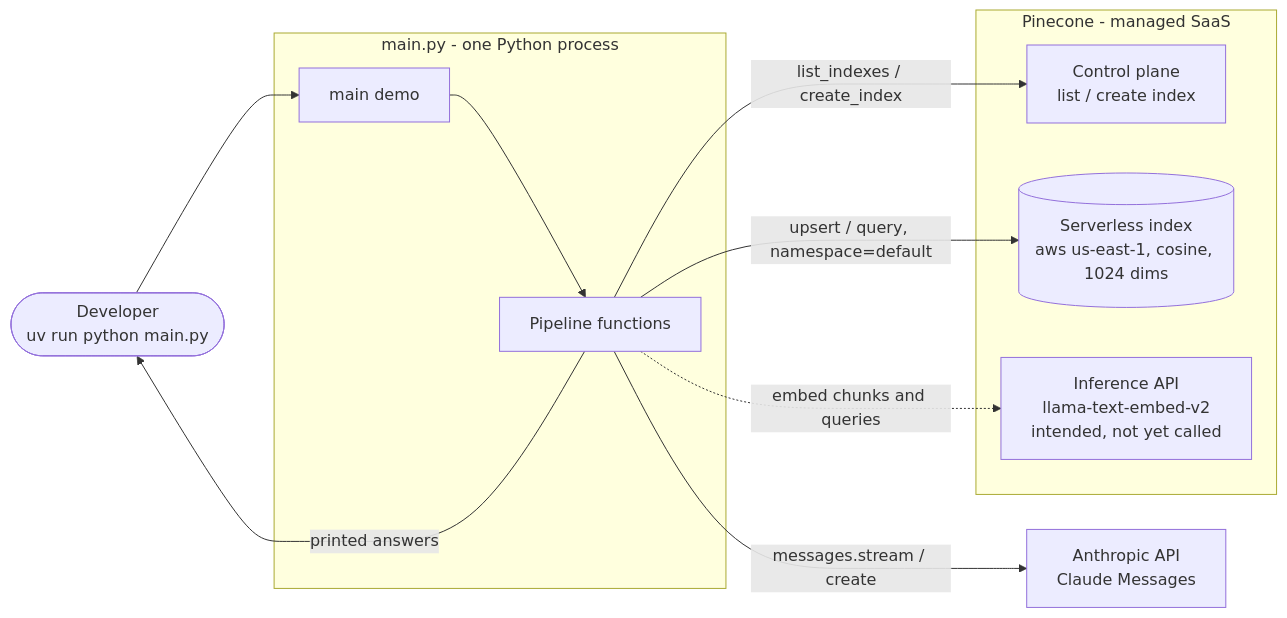
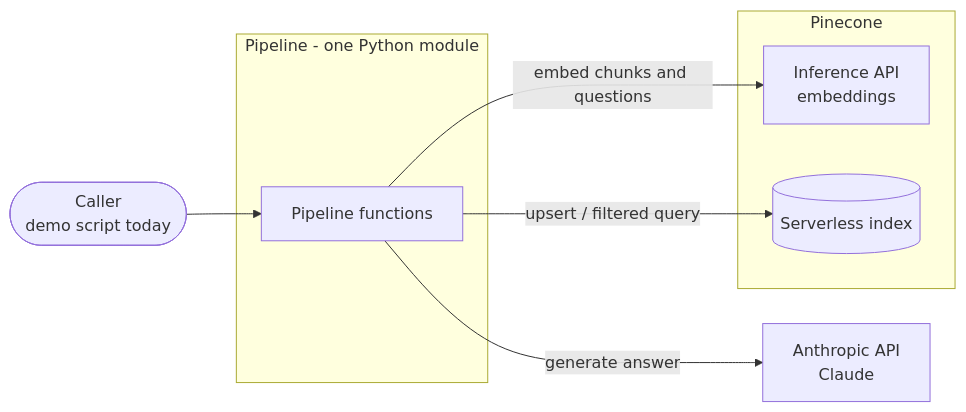
One commit to lsolor/korg-pdf-qa changed the first of 2 diagrams in ARCHITECTURE.md. Above: the diagram before and after it, drawn with Mermaid. The commit also changed other lines of this file and 12 other files, not shown here.

````diff
--- a/ARCHITECTURE.md
+++ b/ARCHITECTURE.md
@@ -107,24 +11,17 @@
 ```mermaid
 flowchart LR
-    dev([Developer<br/>uv run python main.py])
+    caller([Caller<br/>demo script today])
+    subgraph app [Pipeline - one Python module]
+        fn[Pipeline functions]
+    end
+    subgraph pinecone [Pinecone]
+        inf[Inference API<br/>embeddings]
+        idx[(Serverless index)]
+    end
+    claude[Anthropic API<br/>Claude]
 
-    subgraph proc [main.py - one Python process]
-        demo[main demo]
-        lib[Pipeline functions]
-    end
-
-    subgraph pinecone [Pinecone - managed SaaS]
-        cp[Control plane<br/>list / create index]
-        idx[(Serverless index<br/>aws us-east-1, cosine, 1024 dims)]
-        inf[Inference API<br/>llama-text-embed-v2<br/>intended, not yet called]
-    end
-
-    claude[Anthropic API<br/>Claude Messages]
-
-    dev --> demo --> lib
-    lib -- "list_indexes / create_index" --> cp
-    lib -- "upsert / query, namespace=default" --> idx
-    lib -. "embed chunks and queries" .-> inf
-    lib -- "messages.stream / create" --> claude
-    lib -- "printed answers" --> dev
+    caller --> fn
+    fn -- embed chunks and questions --> inf
+    fn -- upsert / filtered query --> idx
+    fn -- generate answer --> claude
 ```
````
